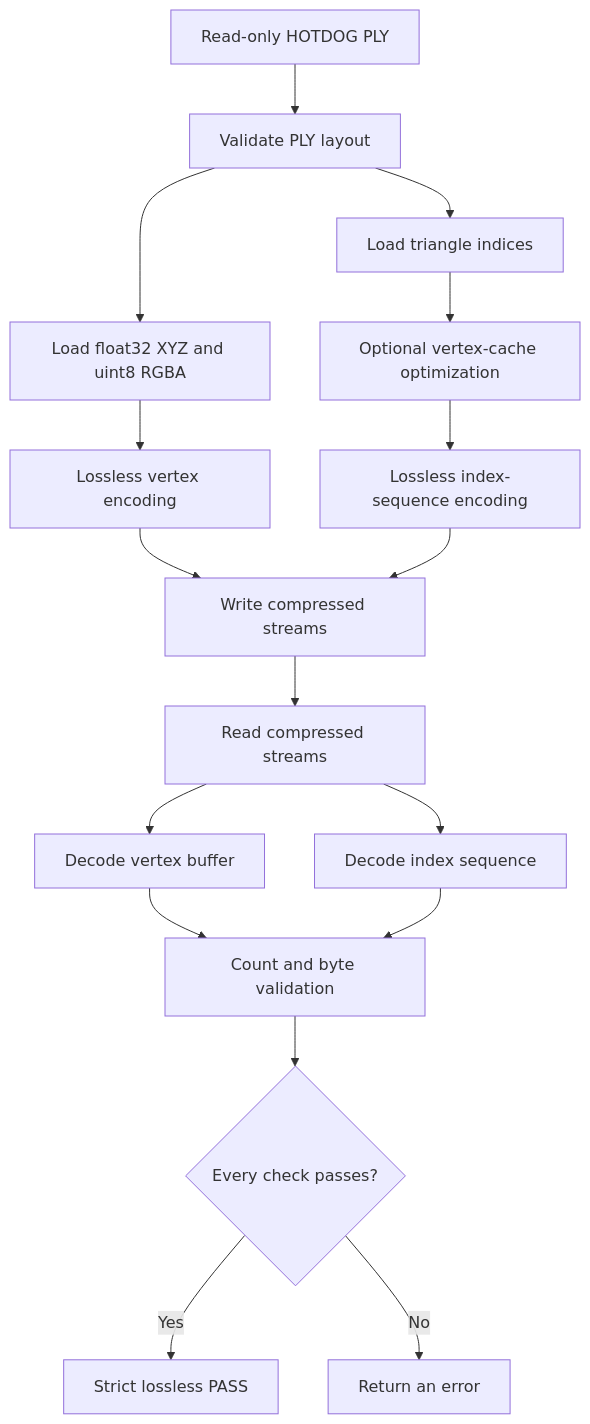
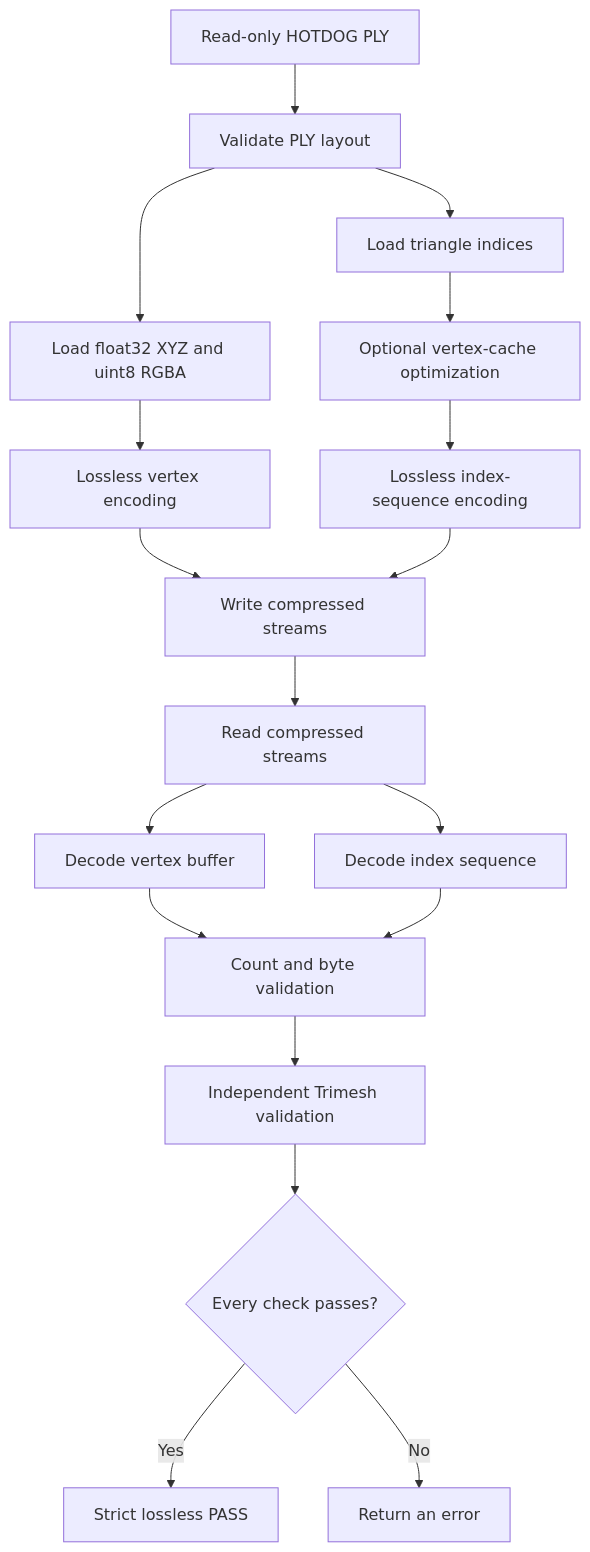
One commit to nahathaiw/meshoptimizer changed the diagram in SAMPLE-test/README.md. Above: the diagram before and after it, drawn with Mermaid. The commit also changed other lines of this file and 6 other files, not shown here.

Commit message:
Add independent Trimesh validation

````diff
--- a/SAMPLE-test/README.md
+++ b/SAMPLE-test/README.md
@@ -146,19 +151,20 @@
 ```mermaid
 flowchart TD
     A[Read-only HOTDOG PLY] --> B[Validate PLY layout]
     B --> C[Load float32 XYZ and uint8 RGBA]
     B --> D[Load triangle indices]
     D --> E[Optional vertex-cache optimization]
     C --> F[Lossless vertex encoding]
     E --> G[Lossless index-sequence encoding]
     F --> H[Write compressed streams]
     G --> H
     H --> I[Read compressed streams]
     I --> J[Decode vertex buffer]
     I --> K[Decode index sequence]
     J --> L[Count and byte validation]
     K --> L
-    L --> M{Every check passes?}
-    M -->|Yes| N[Strict lossless PASS]
-    M -->|No| O[Return an error]
+    L --> M[Independent Trimesh validation]
+    M --> N{Every check passes?}
+    N -->|Yes| O[Strict lossless PASS]
+    N -->|No| P[Return an error]
 ```
````
